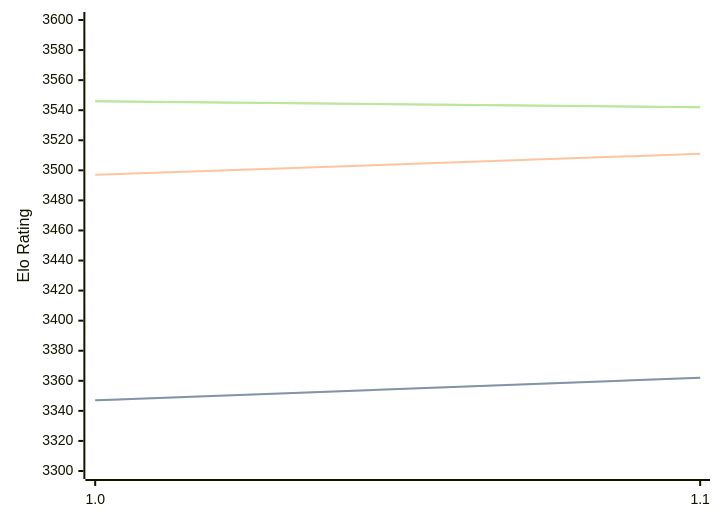
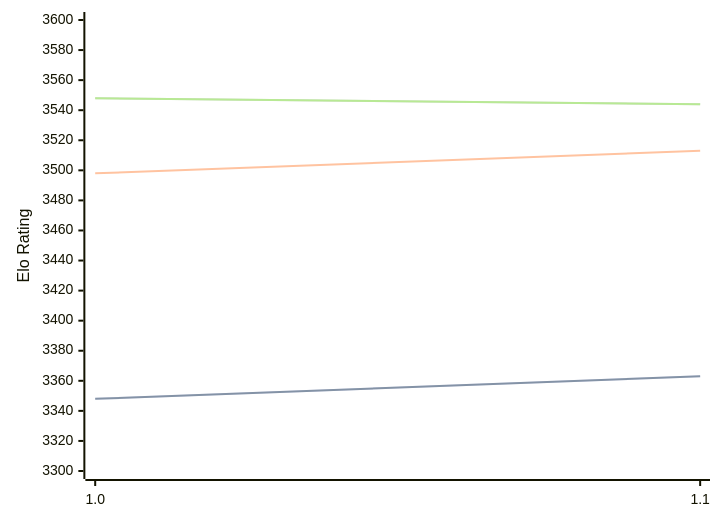
The diagram in engines/Horsie.md (computer-chess-index/cci), drawn with Mermaid before and after one commit. The commit also changed other lines of this file, not shown here.

Commit message:
Update CCI Ratings (ELO VLTC) - 2026-10-09

````diff
--- a/engines/Horsie.md
+++ b/engines/Horsie.md
@@ -32,11 +32,11 @@
 ```mermaid
 %%{init: {"theme":"base","themeVariables":{"seriesColors:['#a3a3a3','#222221','#faa371']}}}%%
 xychart-beta
   x-axis ["1.0", "1.1"]
   y-axis "Elo Rating" 3300 --> 3600
-  line "" [3347, 3362]
-  line "STC (8.0+0.08s)" [3347, 3362]
-  line "LTC (60.0+0.60s)" [3497, 3511]
-  line "" [3546, 3542]
-  line "VLTC (2m24s+1.12s)" [3546, 3542]
+  line "" [3348, 3363]
+  line "STC (8.0+0.08s)" [3348, 3363]
+  line "LTC (60.0+0.60s)" [3498, 3513]
+  line "" [3548, 3544]
+  line "VLTC (2m24s+1.12s)" [3548, 3544]
 ```
````
